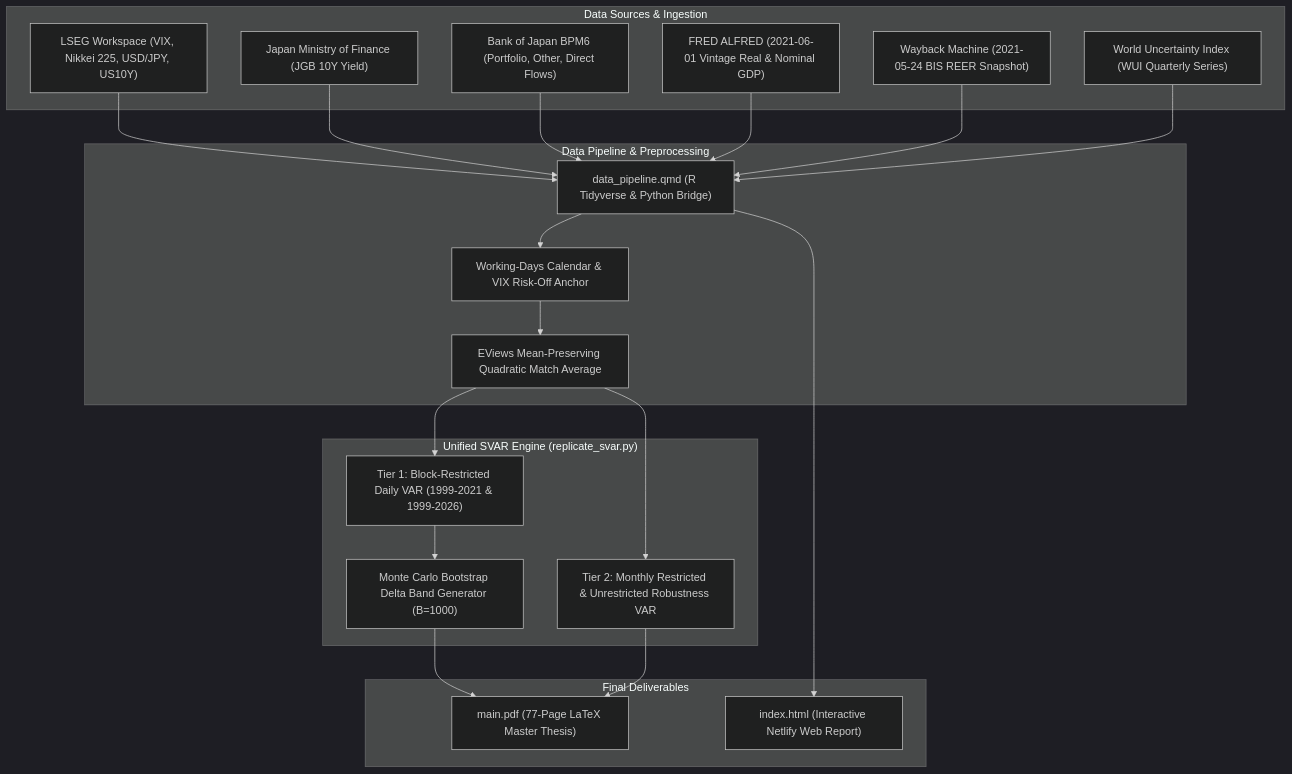
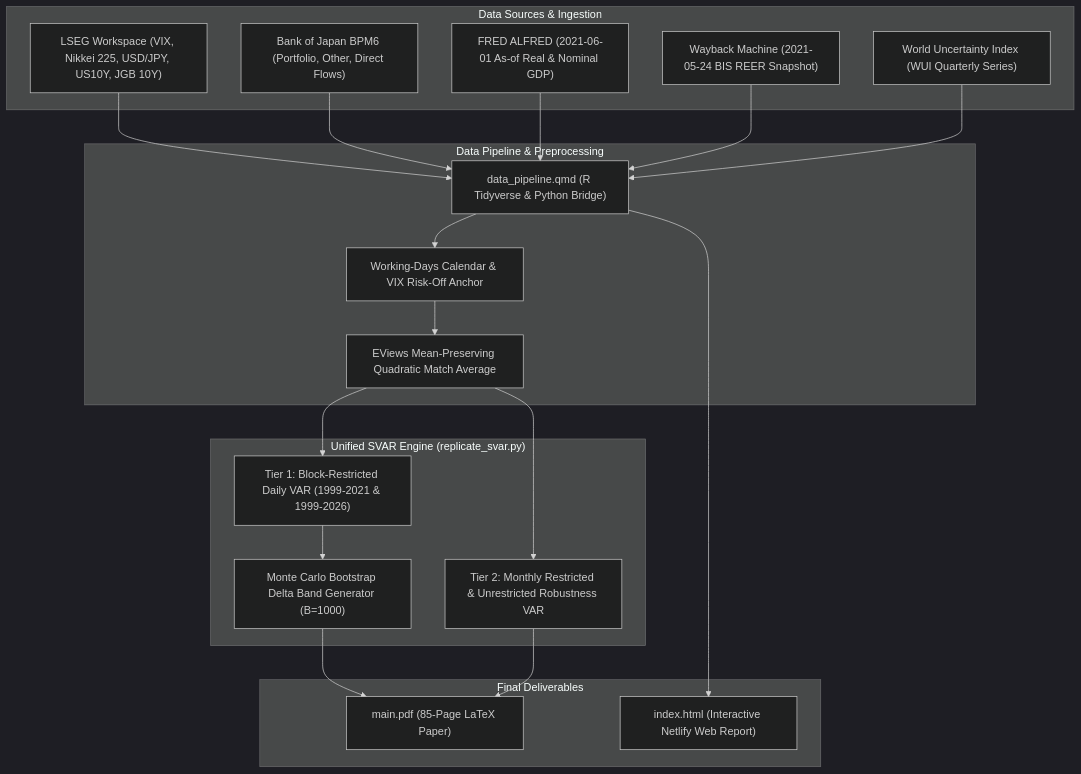
One commit to sakudiff/FINARTS_FINAL-PAPER changed the diagram in README.md. Above: the diagram before and after it, drawn with Mermaid (dark theme). The commit also changed other lines of this file and 2 other files, not shown here.

Commit message:
chore(submission): finalize README, paper PDF, and script cleanup on main

````diff
--- a/README.md
+++ b/README.md
@@ -52,45 +67,43 @@
 ```mermaid
 flowchart TD
     subgraph Ingestion ["Data Sources & Ingestion"]
-        LSEG["LSEG Workspace (VIX, Nikkei 225, USD/JPY, US10Y)"]
-        MoF["Japan Ministry of Finance (JGB 10Y Yield)"]
+        LSEG["LSEG Workspace (VIX, Nikkei 225, USD/JPY, US10Y, JGB 10Y)"]
         BOJ["Bank of Japan BPM6 (Portfolio, Other, Direct Flows)"]
-        FRED["FRED ALFRED (2021-06-01 Vintage Real & Nominal GDP)"]
+        FRED["FRED ALFRED (2021-06-01 As-of Real & Nominal GDP)"]
         BIS["Wayback Machine (2021-05-24 BIS REER Snapshot)"]
         WUI["World Uncertainty Index (WUI Quarterly Series)"]
     end
 
     subgraph Preprocessing ["Data Pipeline & Preprocessing"]
         QMD["data_pipeline.qmd (R Tidyverse & Python Bridge)"]
         Clean["Working-Days Calendar & VIX Risk-Off Anchor"]
         Interp["EViews Mean-Preserving Quadratic Match Average"]
     end
 
     subgraph Econometrics ["Unified SVAR Engine (replicate_svar.py)"]
         Restricted["Tier 1: Block-Restricted Daily VAR (1999-2021 & 1999-2026)"]
         Unrestricted["Tier 2: Monthly Restricted & Unrestricted Robustness VAR"]
         Bootstrap["Monte Carlo Bootstrap Delta Band Generator (B=1000)"]
     end
 
     subgraph Deliverables ["Final Deliverables"]
-        PDF["main.pdf (77-Page LaTeX Master Thesis)"]
+        PDF["main.pdf (85-Page LaTeX Paper)"]
         HTML["index.html (Interactive Netlify Web Report)"]
     end
 
     LSEG --> QMD
-    MoF --> QMD
     BOJ --> QMD
     FRED --> QMD
     BIS --> QMD
     WUI --> QMD
 
     QMD --> Clean
     Clean --> Interp
     Interp --> Restricted
     Interp --> Unrestricted
     Restricted --> Bootstrap
 
     Bootstrap --> PDF
     Unrestricted --> PDF
     QMD --> HTML
 ```
````
